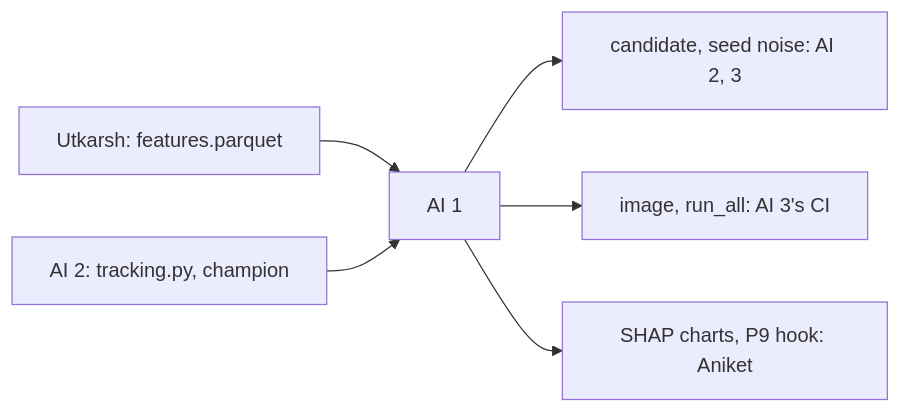
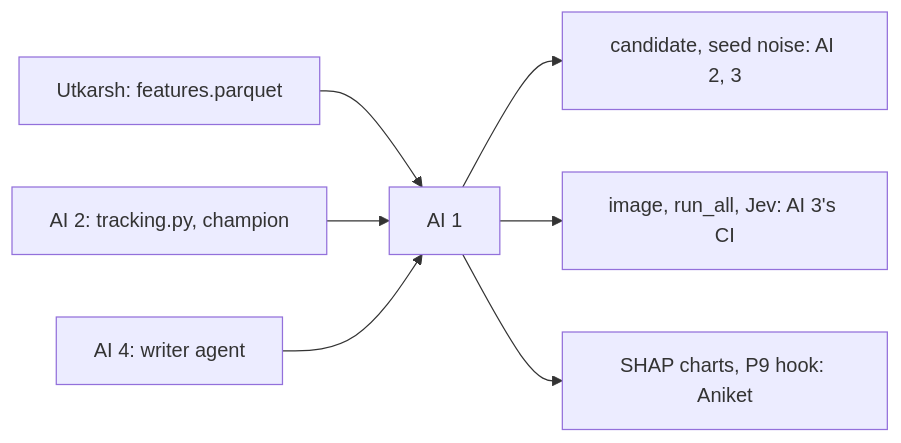
One commit to Itsme-aniketghosh/Meridian changed the diagram in Model-Pipeline/packets/ai1-models/README.md. Above: the diagram before and after it, drawn with Mermaid. The commit also changed other lines of this file and 7 other files, not shown here.

First line of the commit message:
Update README files across multiple packets to reflect project changes and timelines

````diff
--- a/Model-Pipeline/packets/ai1-models/README.md
+++ b/Model-Pipeline/packets/ai1-models/README.md
@@ -12,8 +12,9 @@
 ```mermaid
 flowchart LR
   ut["Utkarsh: features.parquet"] --> me["AI 1"]
   ai2["AI 2: tracking.py, champion"] --> me
+  ai4["AI 4: writer agent"] --> me
   me --> cand["candidate, seed noise: AI 2, 3"]
-  me --> img["image, run_all: AI 3's CI"]
+  me --> img["image, run_all, Jev: AI 3's CI"]
   me --> p9["SHAP charts, P9 hook: Aniket"]
 ```
````
